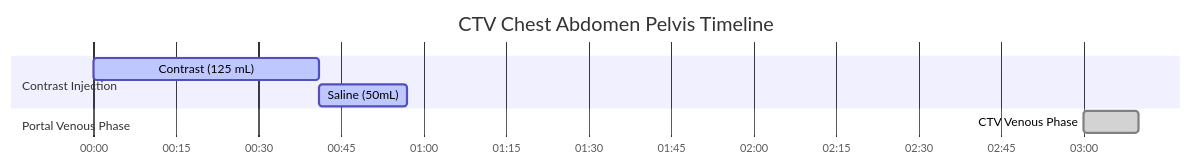
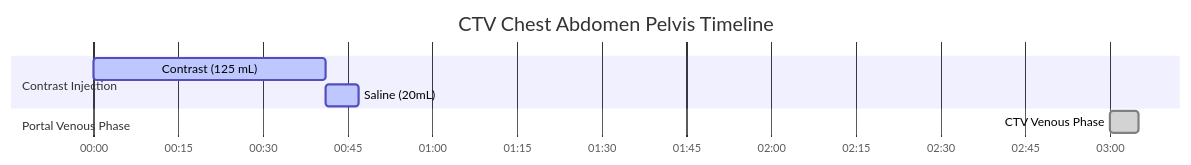
Before and after one commit to dfergs93/radiology-protocols: the diagram in docs/ct/vascular/ctv-chest-abdomen-pelvis.md, drawn with Mermaid. The commit also changed other lines of this file and 113 other files, not shown here.

````diff
--- a/docs/ct/vascular/ctv-chest-abdomen-pelvis.md
+++ b/docs/ct/vascular/ctv-chest-abdomen-pelvis.md
@@ -79,16 +80,16 @@
   ```mermaid
   ---
   config:
     theme: default
   ---
     gantt
       title CTV Chest Abdomen Pelvis Timeline
       dateFormat mm:ss
       axisFormat %M:%S 
       
       section Contrast Injection
       Contrast (125 mL)    :active, contrast, 00:00, 41s
-      Saline (50mL)          :active, saline, after contrast, 16s
+      Saline (20mL)          :active, saline, after contrast, 6s
       section Portal Venous Phase
-      CTV Venous Phase    :done, scan1, 03:00, 10s
+      CTV Venous Phase    :done, scan1, 03:00, 5s
   ```
````
